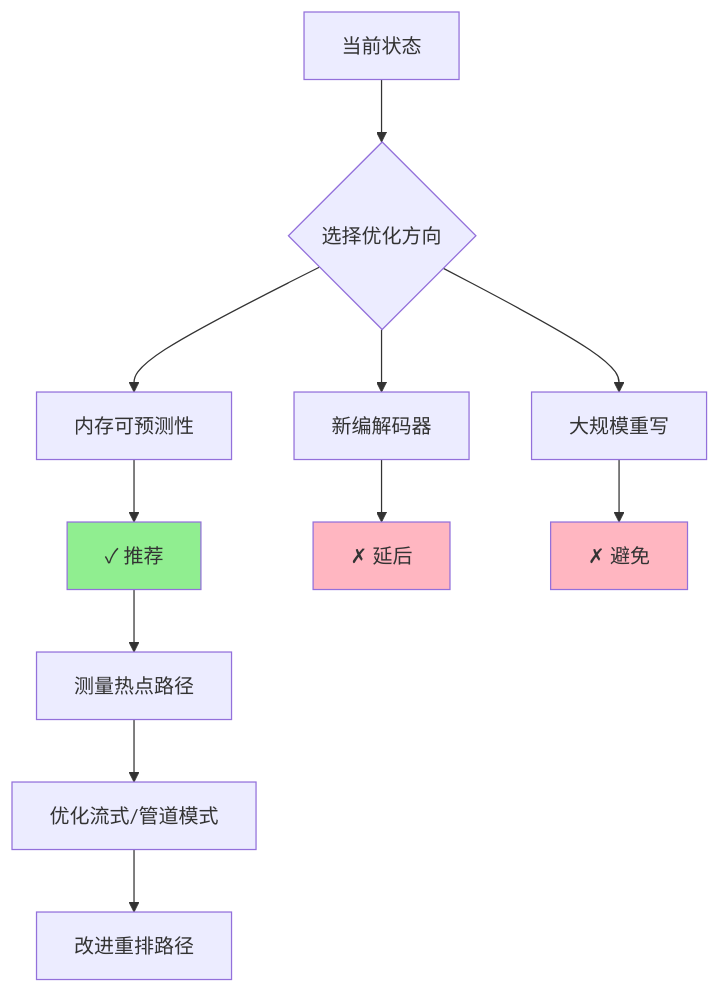
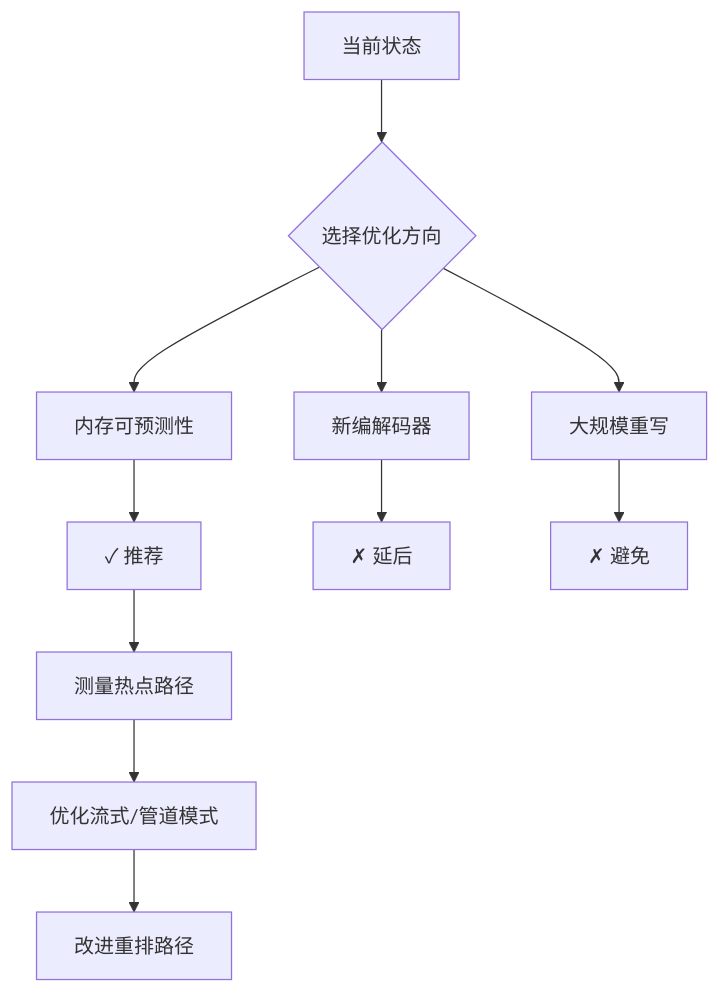
The first of 3 diagrams in docs/zh/architecture/performance-roadmap.md (open-genomics/fq-compressor-rust), drawn with Mermaid before and after one commit. The commit also changed 23 other files, not shown here.

````diff
--- a/docs/zh/architecture/performance-roadmap.md
+++ b/docs/zh/architecture/performance-roadmap.md
@@ -13,19 +13,16 @@
 ```mermaid
 flowchart TD
     A[当前状态] --> B{选择优化方向}
     B --> C[内存可预测性]
     B --> D[新编解码器]
     B --> E[大规模重写]
     
     C --> F[✓ 推荐]
     D --> G[✗ 延后]
     E --> H[✗ 避免]
     
     F --> I[测量热点路径]
     I --> J[优化流式/管道模式]
     J --> K[改进重排路径]
     
-    style F fill:#90EE90
-    style G fill:#FFB6C1
-    style H fill:#FFB6C1
 ```
````
